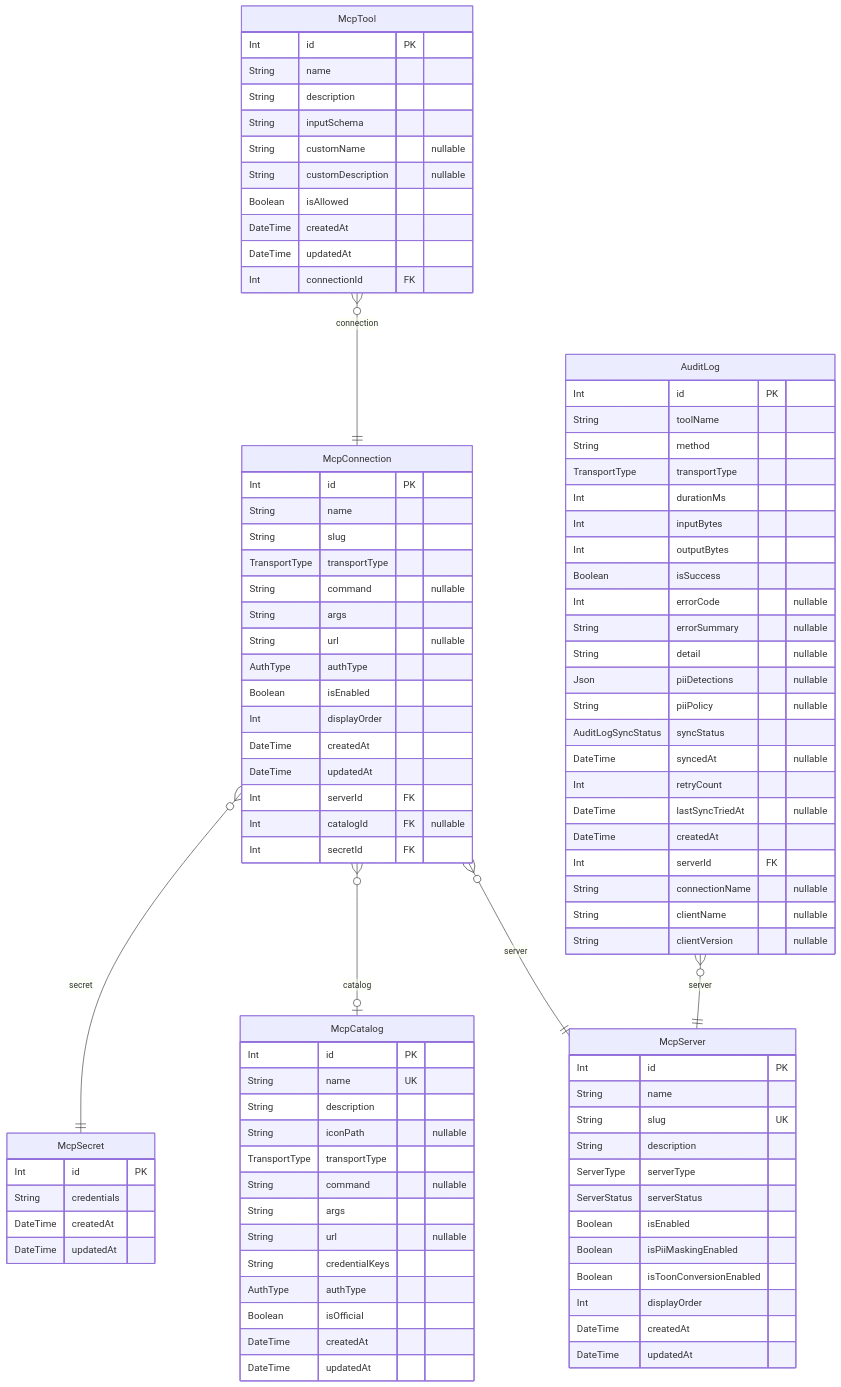
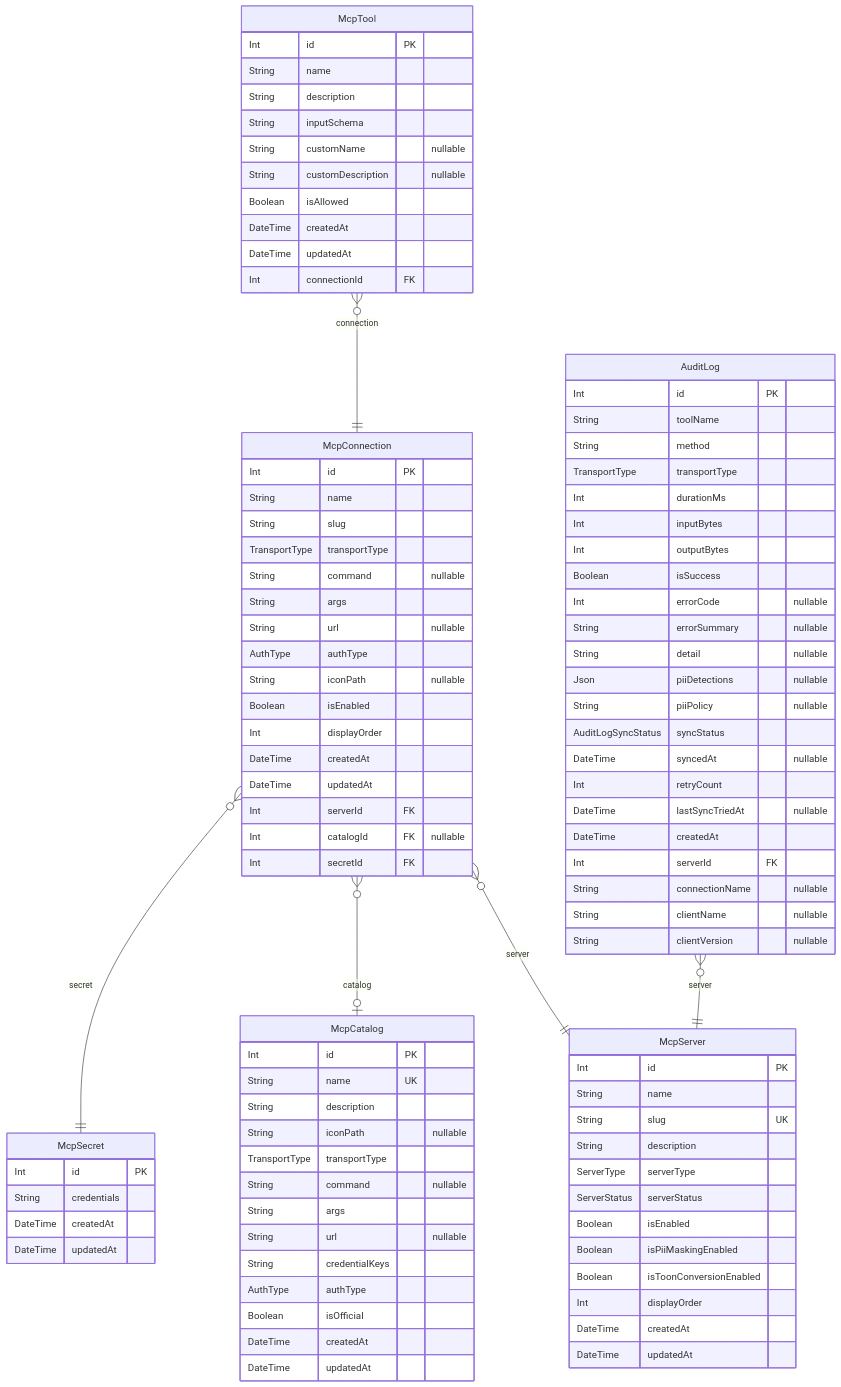
Before and after one commit to rayven122/tumiki: the second of 3 diagrams in apps/desktop/prisma/README.md, drawn with Mermaid. The commit also changed other lines of this file and 11 other files, not shown here.

```diff
--- a/apps/desktop/prisma/README.md
+++ b/apps/desktop/prisma/README.md
@@ -59,6 +59,7 @@
   String args
   String url "nullable"
   AuthType authType
+  String iconPath "nullable"
   Boolean isEnabled
   Int displayOrder
   DateTime createdAt
```
